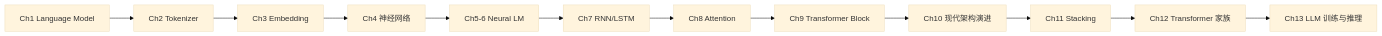
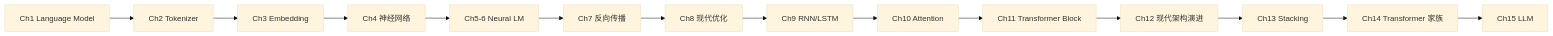
Before and after one commit to AI-learning-simple/Build-Your-Own-LLM: diagram 12 of 12 in 1. LLM基础/15. 大语言模型（LLM）.md, drawn with Mermaid (base theme). The commit also changed other lines of this file and 51 other files, not shown here.

````diff
--- a/1. LLM基础/15. 大语言模型（LLM）.md
+++ b/1. LLM基础/15. 大语言模型（LLM）.md
@@ -381,4 +381,4 @@
 ```mermaid
 flowchart LR
-A["Ch1 Language Model"] --> B["Ch2 Tokenizer"] --> C["Ch3 Embedding"] --> D["Ch4 神经网络"] --> E["Ch5-6 Neural LM"] --> F["Ch7 RNN/LSTM"] --> G["Ch8 Attention"] --> H["Ch9 Transformer Block"] --> I["Ch10 现代架构演进"] --> J["Ch11 Stacking"] --> K["Ch12 Transformer 家族"] --> L["Ch13 LLM 训练与推理"]
+A["Ch1 Language Model"] --> B["Ch2 Tokenizer"] --> C["Ch3 Embedding"] --> D["Ch4 神经网络"] --> E["Ch5-6 Neural LM"] --> F["Ch7 反向传播"] --> G["Ch8 现代优化"] --> H["Ch9 RNN/LSTM"] --> I["Ch10 Attention"] --> J["Ch11 Transformer Block"] --> K["Ch12 现代架构演进"] --> L["Ch13 Stacking"] --> M["Ch14 Transformer 家族"] --> N["Ch15 LLM"]
 ```
````
